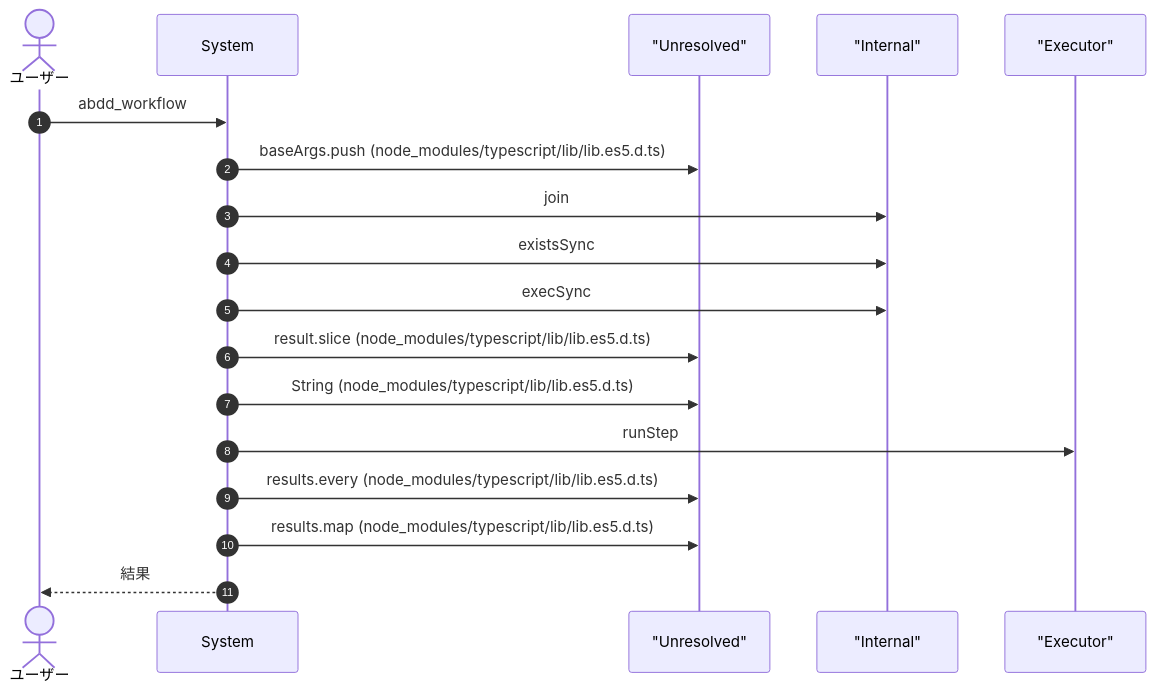
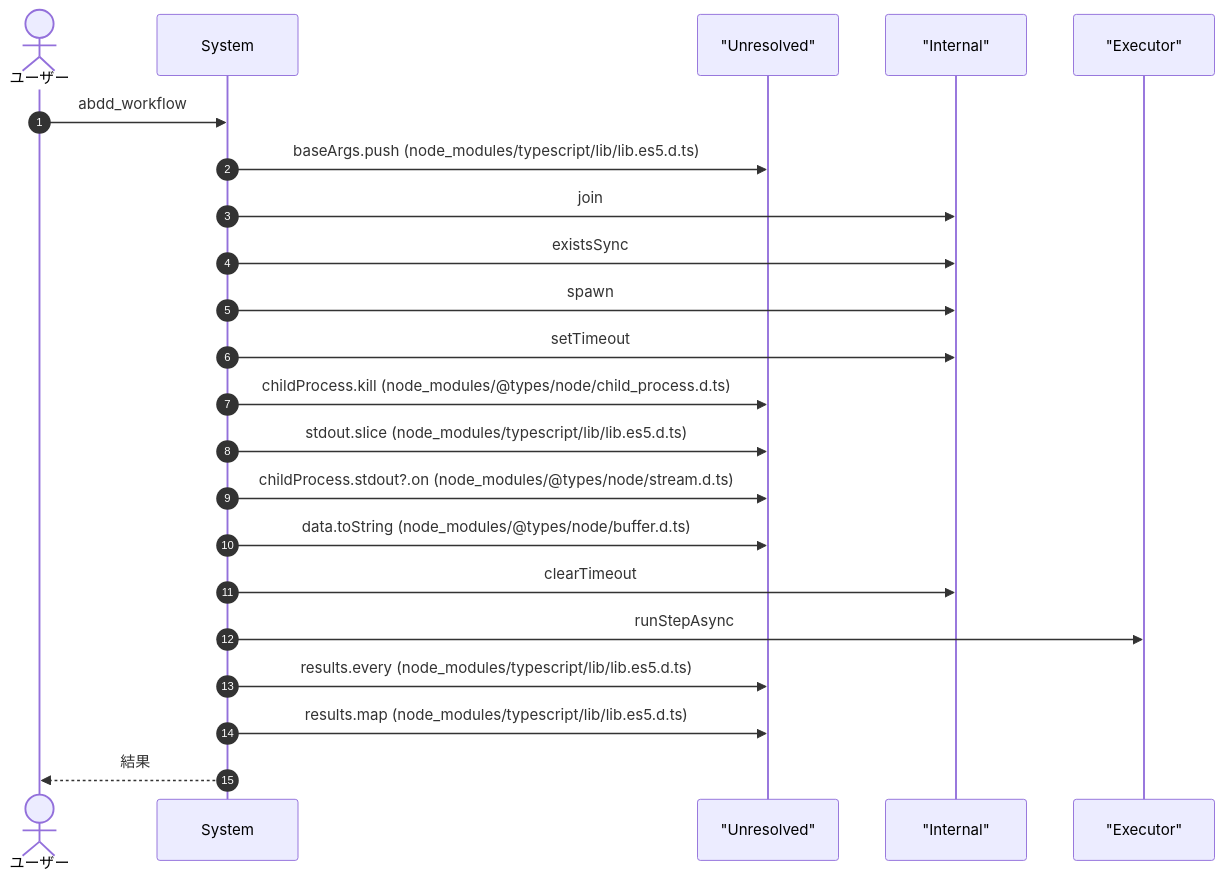
One commit to Mekann2904/mekann changed the fifth of 7 diagrams in ABDD/.pi/extensions/abdd.md. Above: the diagram before and after it, drawn with Mermaid. The commit also changed other lines of this file and 212 other files, not shown here.

````diff
--- a/ABDD/.pi/extensions/abdd.md
+++ b/ABDD/.pi/extensions/abdd.md
@@ -149,22 +149,26 @@
 ```mermaid
 sequenceDiagram
   autonumber
   actor User as ユーザー
   participant System as System
   participant Unresolved as "Unresolved"
   participant Internal as "Internal"
   participant Executor as "Executor"
 
   User->>System: abdd_workflow
   System->>Unresolved: baseArgs.push (node_modules/typescript/lib/lib.es5.d.ts)
   System->>Internal: join
   System->>Internal: existsSync
-  System->>Internal: execSync
-  System->>Unresolved: result.slice (node_modules/typescript/lib/lib.es5.d.ts)
-  System->>Unresolved: String (node_modules/typescript/lib/lib.es5.d.ts)
-  System->>Executor: runStep
+  System->>Internal: spawn
+  System->>Internal: setTimeout
+  System->>Unresolved: childProcess.kill (node_modules/@types/node/child_process.d.ts)
+  System->>Unresolved: stdout.slice (node_modules/typescript/lib/lib.es5.d.ts)
+  System->>Unresolved: childProcess.stdout?.on (node_modules/@types/node/stream.d.ts)
+  System->>Unresolved: data.toString (node_modules/@types/node/buffer.d.ts)
+  System->>Internal: clearTimeout
+  System->>Executor: runStepAsync
   System->>Unresolved: results.every (node_modules/typescript/lib/lib.es5.d.ts)
   System->>Unresolved: results.map (node_modules/typescript/lib/lib.es5.d.ts)
   System-->>User: 結果
 
 ```
````
